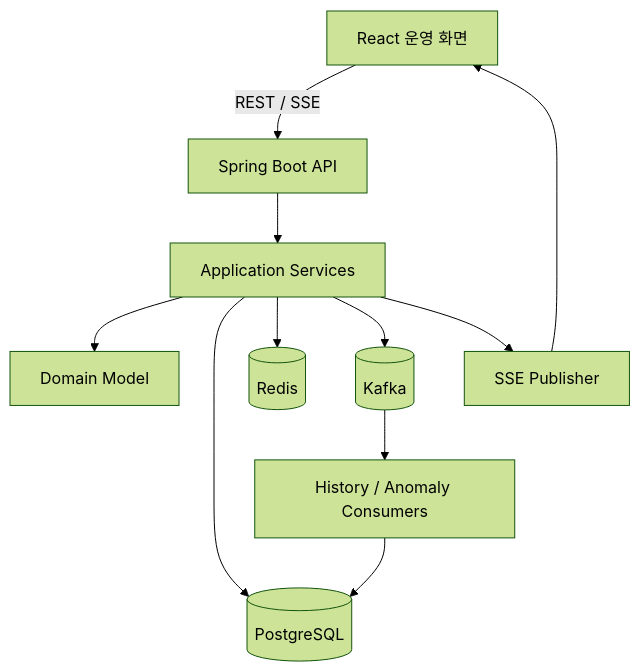
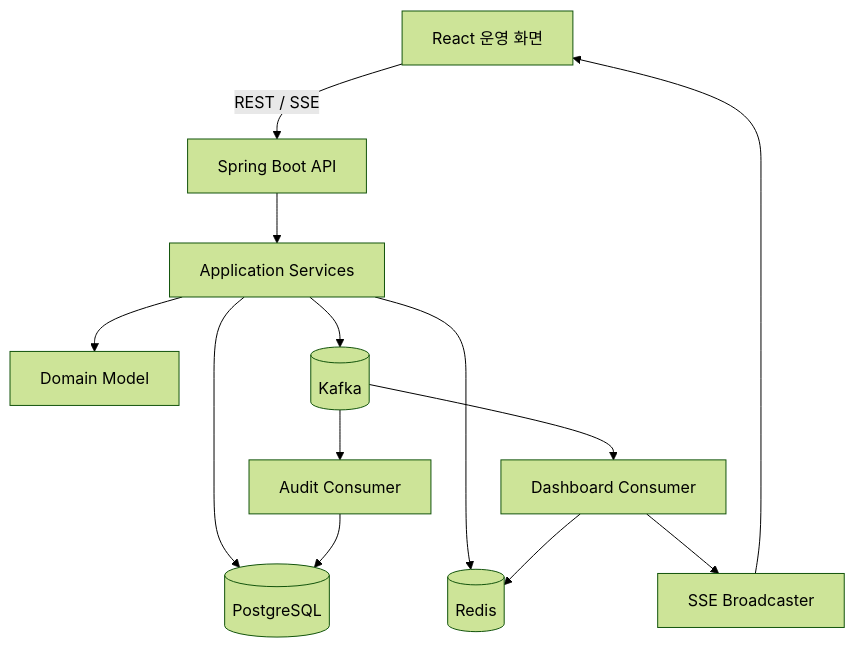
Before and after one commit to ghkdtjsdud0312/Logistics-system: the diagram in .ai/ARCHITECTURE.md, drawn with Mermaid (forest theme). The commit also changed other lines of this file and 12 other files, not shown here.

````diff
--- a/.ai/ARCHITECTURE.md
+++ b/.ai/ARCHITECTURE.md
@@ -7,13 +7,15 @@
 ```mermaid
 flowchart TB
   UI[React 운영 화면] -->|REST / SSE| API[Spring Boot API]
   API --> APP[Application Services]
   APP --> DOM[Domain Model]
   APP --> PG[(PostgreSQL)]
   APP --> REDIS[(Redis)]
   APP --> KAFKA[(Kafka)]
-  KAFKA --> CONSUMER[History / Anomaly Consumers]
-  CONSUMER --> PG
-  APP --> SSE[SSE Publisher]
+  KAFKA --> AUDIT[Audit Consumer]
+  KAFKA --> DASH[Dashboard Consumer]
+  AUDIT --> PG
+  DASH --> REDIS
+  DASH --> SSE[SSE Broadcaster]
   SSE --> UI
 ```
````
